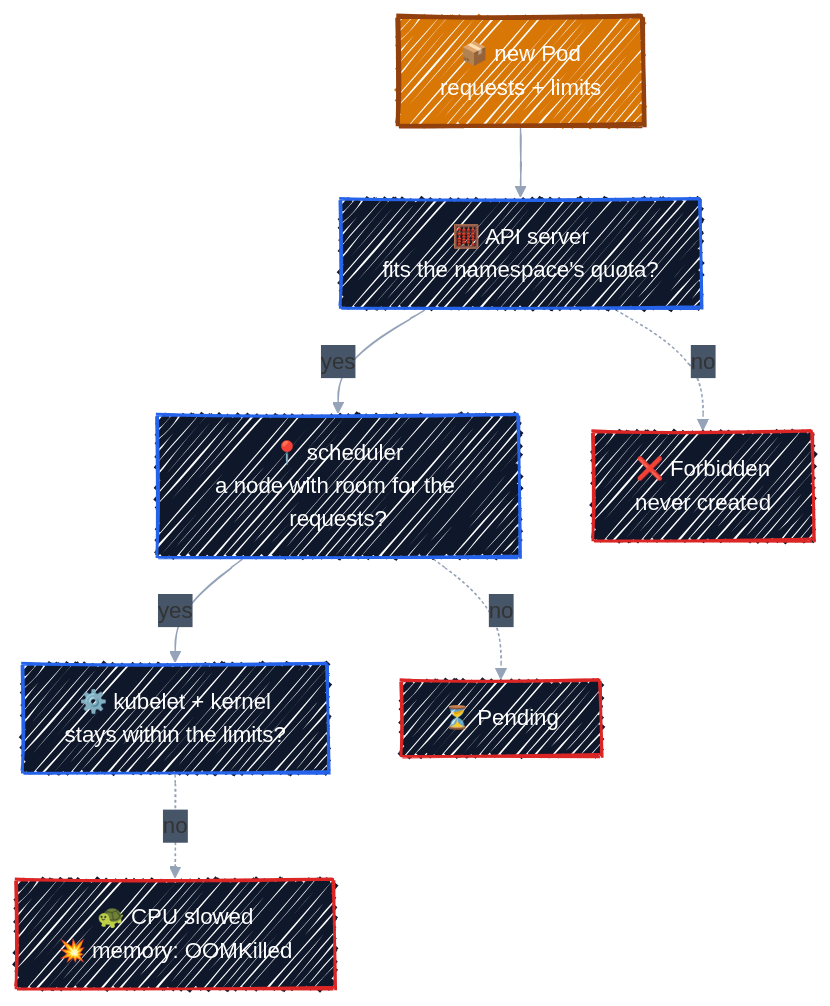
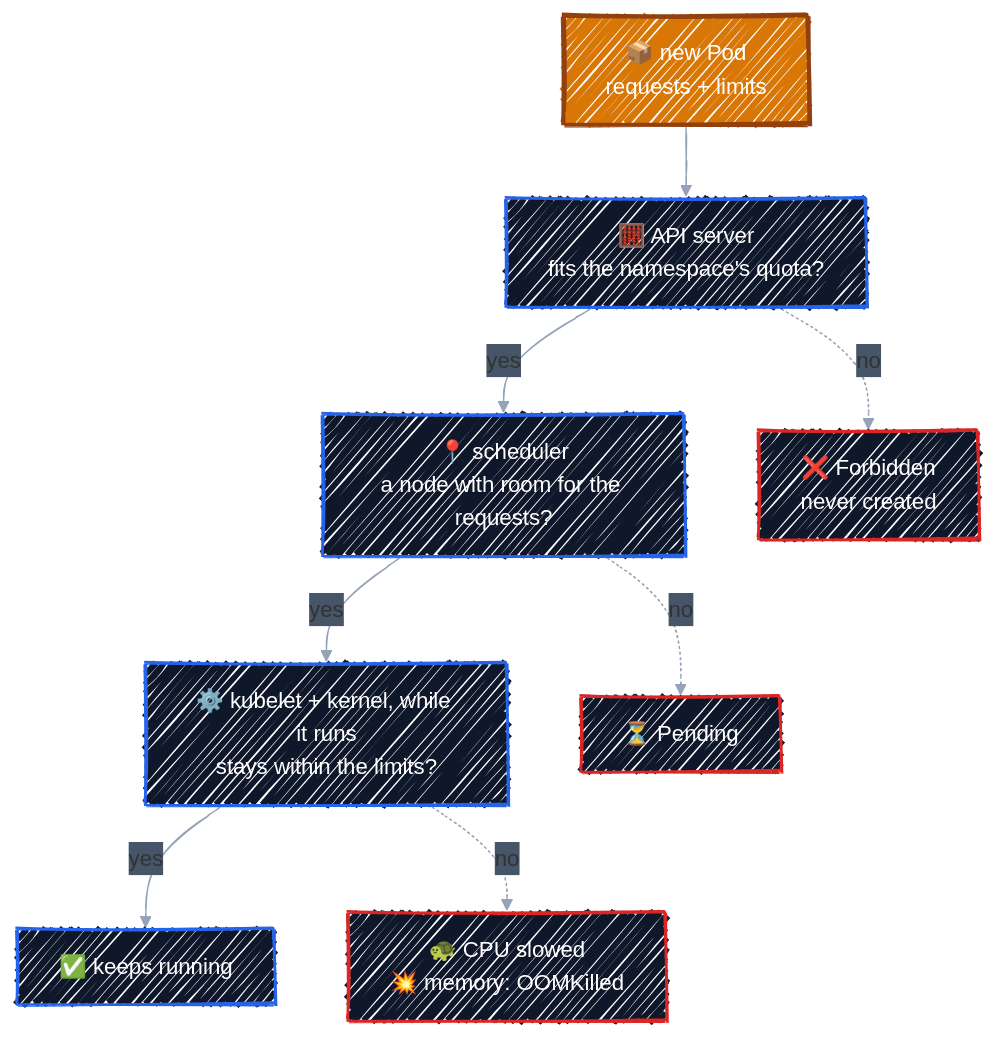
The diagram in docs/resources-probes/introduction-to-resources.md (r97221004/k8s-tutorial), drawn with Mermaid before and after one commit. The commit also changed other lines of this file, not shown here.

First line of the commit message:
docs: tighten the Introduction to Resource Quotas, Requests, and Limits chapter

````diff
--- a/docs/resources-probes/introduction-to-resources.md
+++ b/docs/resources-probes/introduction-to-resources.md
@@ -144,35 +143,37 @@
 ```mermaid
 ---
 config:
   look: handDrawn
   theme: default
   themeVariables:
     fontFamily: '"Comic Sans MS", "Comic Sans", "Segoe Print", "Bradley Hand", cursive'
     lineColor: '#94A3B8'
     edgeLabelBackground: '#475569'
   themeCSS: |
     .edgeLabel, .edgeLabel p, .edgeLabel span { color: #FFFFFF !important; }
 ---
 flowchart TB
     pod["📦 new Pod<br/>requests + limits"]
     api["🧮 API server<br/>fits the namespace's quota?"]
     sched["📍 scheduler<br/>a node with room for the requests?"]
-    run["⚙️ kubelet + kernel<br/>stays within the limits?"]
+    run["⚙️ kubelet + kernel, while it runs<br/>stays within the limits?"]
+    ok["✅ keeps running"]
     no1["❌ Forbidden<br/>never created"]
     no2["⏳ Pending"]
     no3["🐢 CPU slowed<br/>💥 memory: OOMKilled"]
 
     pod --> api
     api -->|"yes"| sched
     sched -->|"yes"| run
+    run -->|"yes"| ok
     api -.->|"no"| no1
     sched -.->|"no"| no2
     run -.->|"no"| no3
 
     classDef ctrl fill:#0F172A,stroke:#2563EB,stroke-width:2px,color:#FFFFFF
     classDef eng fill:#D97706,stroke:#92400E,stroke-width:3px,color:#FFFFFF
     classDef gone fill:#0F172A,stroke:#DC2626,stroke-width:2px,color:#FFFFFF
     class pod eng
-    class api,sched,run ctrl
+    class api,sched,run,ok ctrl
     class no1,no2,no3 gone
 ```
````
